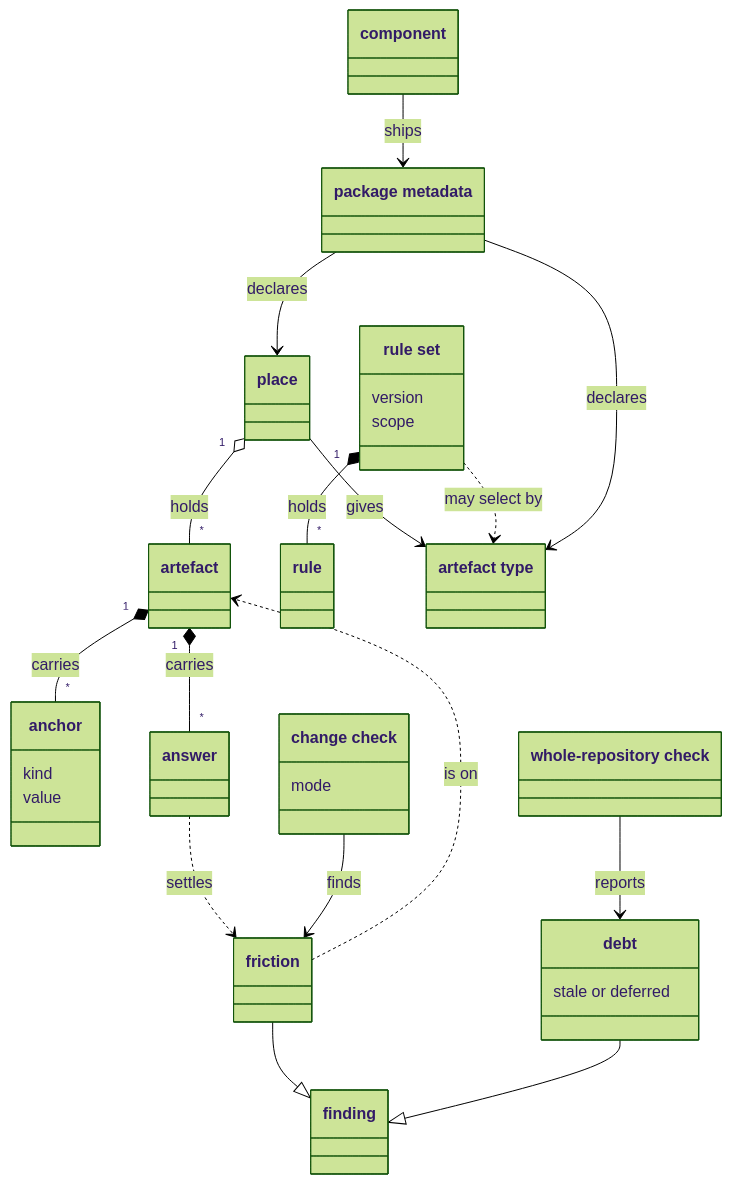
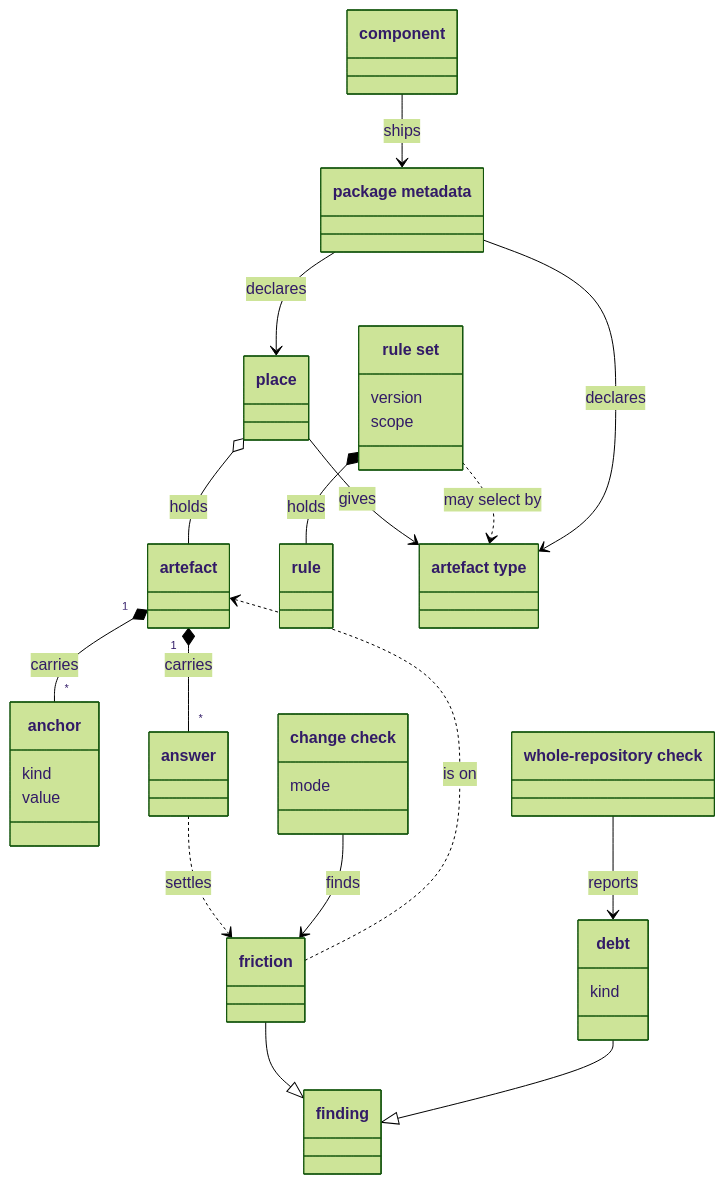
The diagram in tech-docs/analysis/core/domain-model/070-artefacts-and-friction.md (aleskalfas/project-kit), drawn with Mermaid (forest theme) before and after one commit. The commit also changed other lines of this file and 1 other file, not shown here.

First line of the commit message:
docs(analysis): fit views 010 and 070 to their records

````diff
--- a/tech-docs/analysis/core/domain-model/070-artefacts-and-friction.md
+++ b/tech-docs/analysis/core/domain-model/070-artefacts-and-friction.md
@@ -62,40 +65,40 @@
 ```mermaid
 classDiagram
   accTitle: Artefacts and friction
-  accDescr: A place holds artefacts and gives them their artefact type. An artefact carries its anchors and its answers. Friction is a finding on an artefact, and an answer settles it. The change check finds friction. The whole-repository check reports debt, which is a finding too. A rule set holds rules, and selects artefacts by artefact type. A component ships package metadata, which declares its places and its artefact types.
+  accDescr: A place holds artefacts, and gives most of them their artefact type. An artefact carries its anchors and its answers. Friction is a finding on an artefact, and a revalidation or a deferral, which are answers, settles it. The change check finds friction. The whole-repository check reports debt, which is a finding too. A rule set holds rules, and selects artefacts by artefact type. A component ships package metadata, which declares its places and its artefact types.
   class Place["place"]
   class Artefact["artefact"]
   class Anchor["anchor"]
   Anchor : kind
   Anchor : value
   class Answer["answer"]
   class Friction["friction"]
   class Finding["finding"]
   class ChangeCheck["change check"]
   ChangeCheck : mode
   class WholeRepositoryCheck["whole-repository check"]
   class Debt["debt"]
-  Debt : stale or deferred
+  Debt : kind
   class RuleSet["rule set"]
   RuleSet : version
   RuleSet : scope
   class Rule["rule"]
   class ArtefactType["artefact type"]
   class PackageMetadata["package metadata"]
   class Component["component"]
-  Place "1" o-- "*" Artefact : holds
+  Place o-- Artefact : holds
   Place --> ArtefactType : gives
   Artefact "1" *-- "*" Anchor : carries
   Artefact "1" *-- "*" Answer : carries
   Friction --|> Finding
   Friction ..> Artefact : is on
   Answer ..> Friction : settles
   ChangeCheck --> Friction : finds
   WholeRepositoryCheck --> Debt : reports
   Debt --|> Finding
-  RuleSet "1" *-- "*" Rule : holds
+  RuleSet *-- Rule : holds
   RuleSet ..> ArtefactType : may select by
   Component --> PackageMetadata : ships
   PackageMetadata --> Place : declares
   PackageMetadata --> ArtefactType : declares
 ```
````
